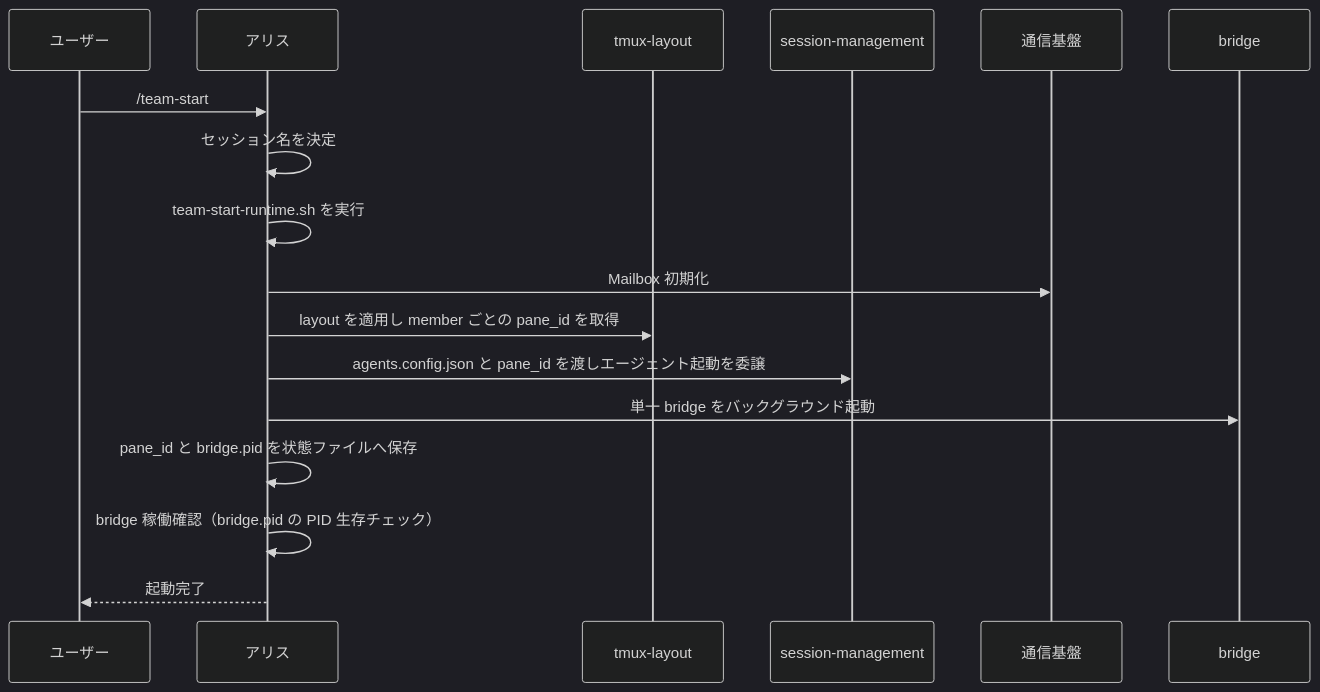
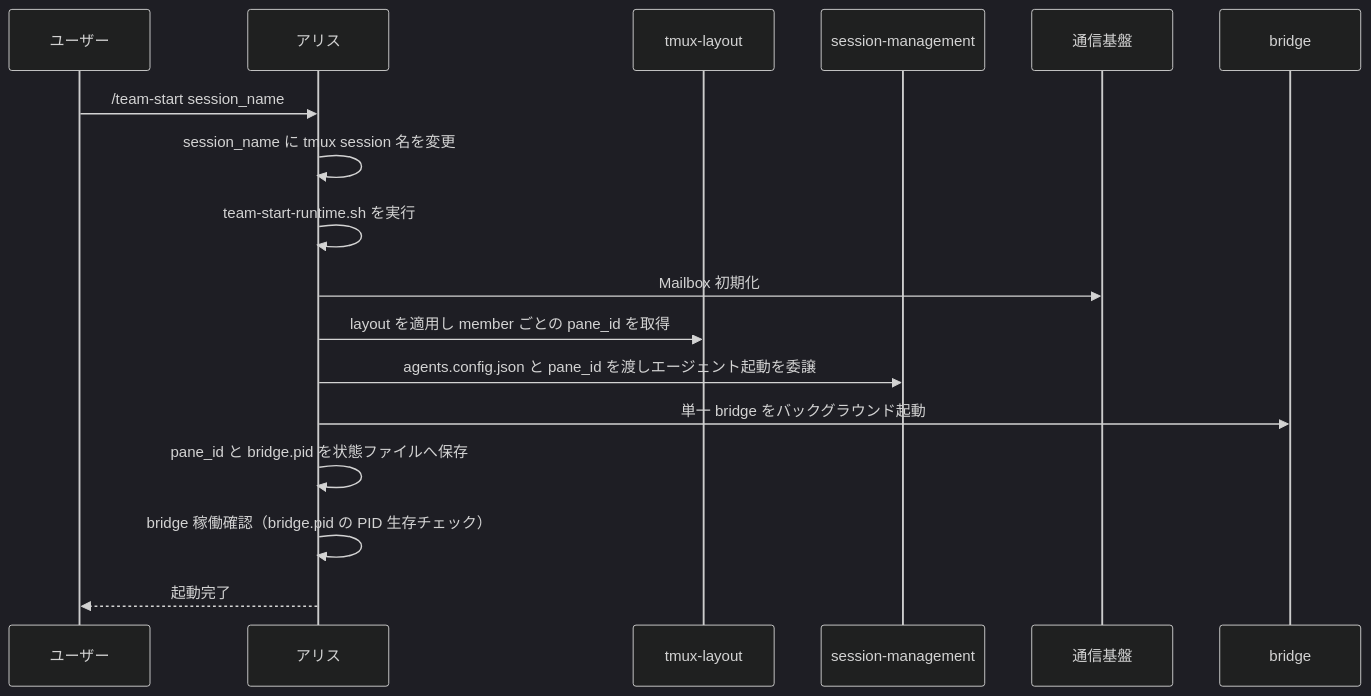
One commit to motivo-solutions/agent-team changed the second of 4 diagrams in team-management/docs/SPEC.md. Above: the diagram before and after it, drawn with Mermaid (dark theme). The commit also changed other lines of this file and 14 other files, not shown here.

Commit message:
Update team start session and layout handling

````diff
--- a/team-management/docs/SPEC.md
+++ b/team-management/docs/SPEC.md
@@ -39,20 +39,20 @@
 ```mermaid
 sequenceDiagram
     participant U as ユーザー
     participant A as アリス
     participant TL as tmux-layout
     participant SM as session-management
     participant CM as 通信基盤
     participant BR as bridge
 
-    U->>A: /team-start
-    A->>A: セッション名を決定
+    U->>A: /team-start session_name
+    A->>A: session_name に tmux session 名を変更
     A->>A: team-start-runtime.sh を実行
     A->>CM: Mailbox 初期化
     A->>TL: layout を適用し member ごとの pane_id を取得
     A->>SM: agents.config.json と pane_id を渡しエージェント起動を委譲
     A->>BR: 単一 bridge をバックグラウンド起動
     A->>A: pane_id と bridge.pid を状態ファイルへ保存
     A->>A: bridge 稼働確認（bridge.pid の PID 生存チェック）
     A-->>U: 起動完了
 ```
````
